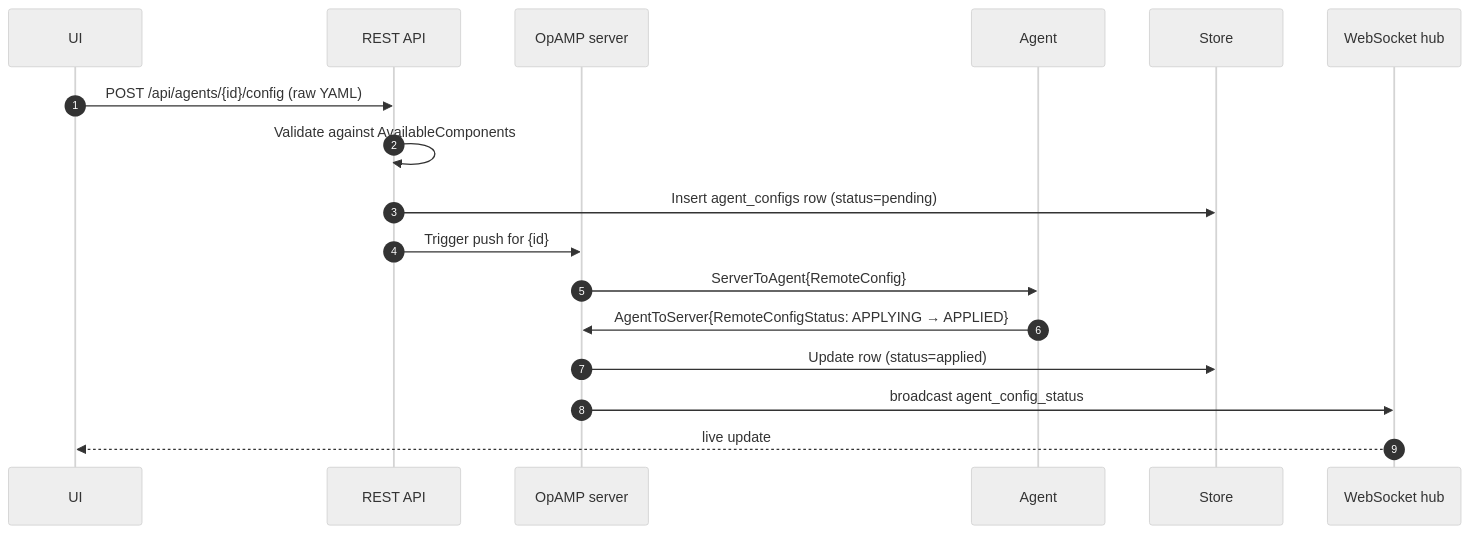
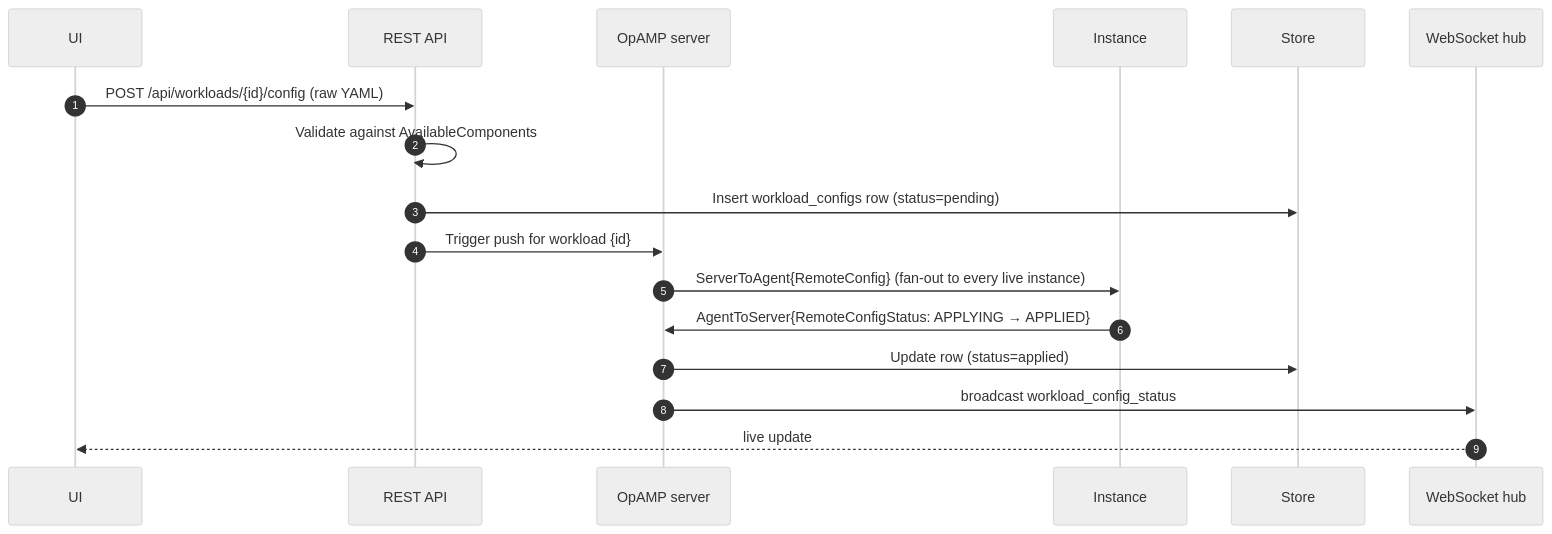
Before and after one commit to valentin-momboeuf/otel-magnify: the second of 3 diagrams in docs/developers/opamp-flow.md, drawn with Mermaid (neutral theme). The commit also changed other lines of this file and 19 other files, not shown here.

````diff
--- a/docs/developers/opamp-flow.md
+++ b/docs/developers/opamp-flow.md
@@ -27,20 +41,20 @@
 ```mermaid
 sequenceDiagram
     autonumber
     participant U as UI
     participant API as REST API
     participant O as OpAMP server
-    participant A as Agent
+    participant A as Instance
     participant S as Store
     participant WS as WebSocket hub
 
-    U->>API: POST /api/agents/{id}/config (raw YAML)
+    U->>API: POST /api/workloads/{id}/config (raw YAML)
     API->>API: Validate against AvailableComponents
-    API->>S: Insert agent_configs row (status=pending)
-    API->>O: Trigger push for {id}
-    O->>A: ServerToAgent{RemoteConfig}
+    API->>S: Insert workload_configs row (status=pending)
+    API->>O: Trigger push for workload {id}
+    O->>A: ServerToAgent{RemoteConfig} (fan-out to every live instance)
     A->>O: AgentToServer{RemoteConfigStatus: APPLYING → APPLIED}
     O->>S: Update row (status=applied)
-    O->>WS: broadcast agent_config_status
+    O->>WS: broadcast workload_config_status
     WS-->>U: live update
 ```
````
